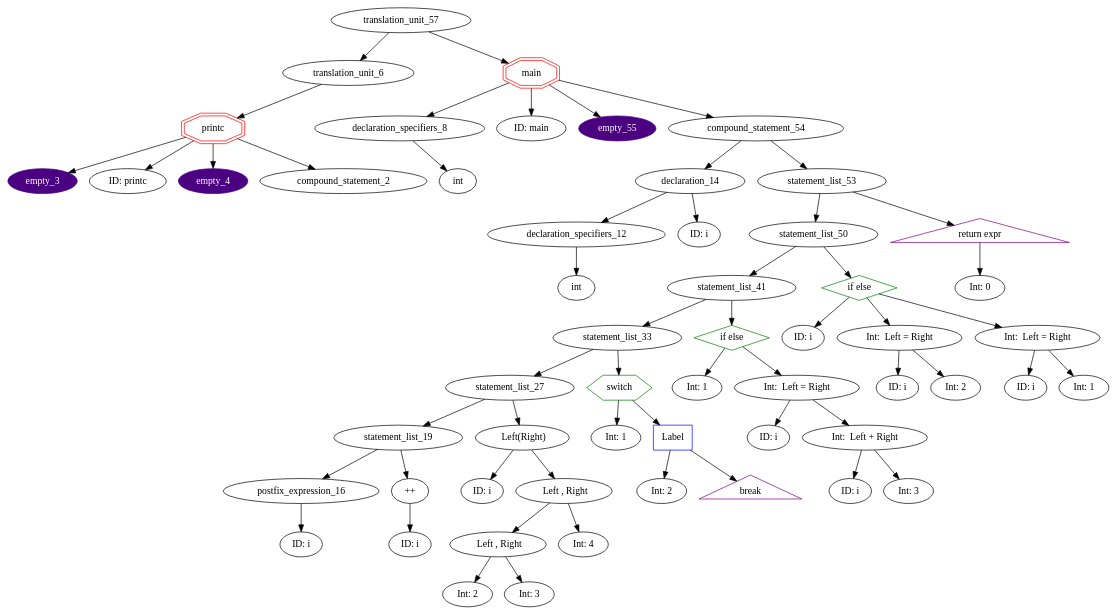
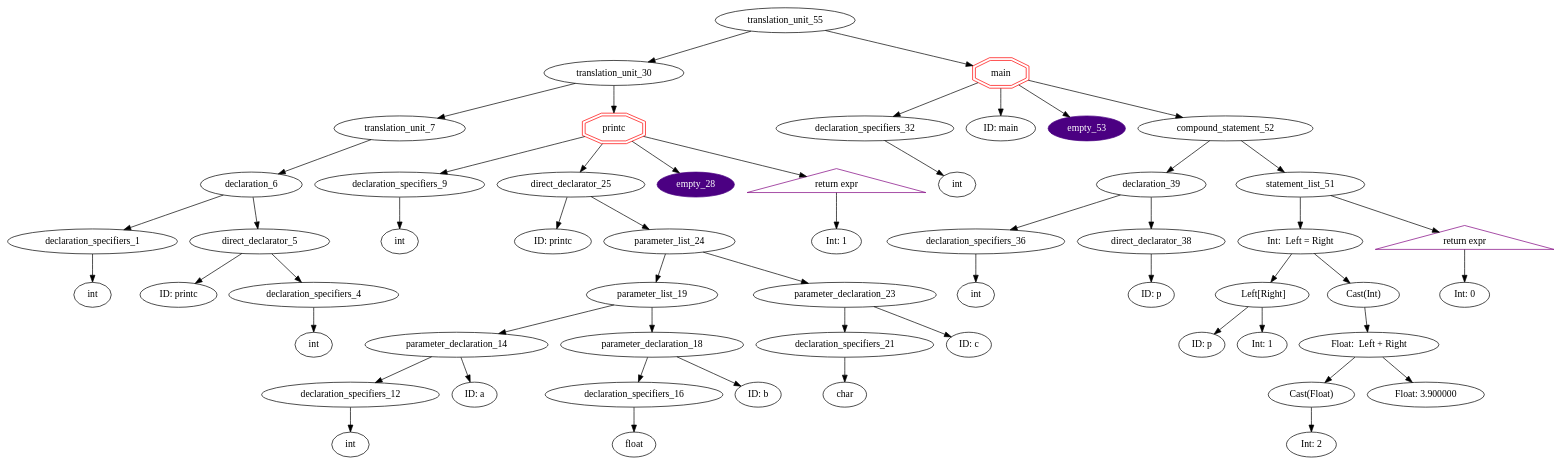
Before and after one commit to ahpalmerUNR/c_compiler: the diagram in graphs/default.gv, drawn with Graphviz. The commit also changed 8 other files, not shown here.

```diff
--- a/graphs/default.gv
+++ b/graphs/default.gv
@@ -1,102 +1,98 @@
 digraph AST {
-	translation_unit_57 -> translation_unit_6;
-	translation_unit_6 -> function_definition_5;
-	function_definition_5 [shape=doubleoctagon,color=red,label="printc"]
-	function_definition_5 -> empty_3;
-	empty_3 [style=filled,color=indigo,fontcolor=white]
-	function_definition_5 -> identifier_0;
-	identifier_0 [label="ID: printc"]
-	function_definition_5 -> empty_4;
-	empty_4 [style=filled,color=indigo,fontcolor=white]
-	function_definition_5 -> compound_statement_2;
-	translation_unit_57 -> function_definition_56;
-	function_definition_56 [shape=doubleoctagon,color=red,label="main"]
-	function_definition_56 -> declaration_specifiers_8;
-	declaration_specifiers_8 [label="declaration_specifiers_8"]
-	declaration_specifiers_8 -> type_specifier_7;
-	type_specifier_7 [label="int"]
-	function_definition_56 -> identifier_9;
-	identifier_9 [label="ID: main"]
-	function_definition_56 -> empty_55;
-	empty_55 [style=filled,color=indigo,fontcolor=white]
-	function_definition_56 -> compound_statement_54;
-	compound_statement_54 -> declaration_14;
-	declaration_14 [label="declaration_14"]
-	declaration_14 -> declaration_specifiers_12;
+	translation_unit_55 -> translation_unit_30;
+	translation_unit_30 -> translation_unit_7;
+	translation_unit_7 -> declaration_6;
+	declaration_6 [label="declaration_6"]
+	declaration_6 -> declaration_specifiers_1;
+	declaration_specifiers_1 [label="declaration_specifiers_1"]
+	declaration_specifiers_1 -> type_specifier_0;
+	type_specifier_0 [label="int"]
+	declaration_6 -> direct_declarator_5;
+	direct_declarator_5 -> identifier_2;
+	identifier_2 [label="ID: printc"]
+	direct_declarator_5 -> declaration_specifiers_4;
+	declaration_specifiers_4 [label="declaration_specifiers_4"]
+	declaration_specifiers_4 -> type_specifier_3;
+	type_specifier_3 [label="int"]
+	translation_unit_30 -> function_definition_29;
+	function_definition_29 [shape=doubleoctagon,color=red,label="printc"]
+	function_definition_29 -> declaration_specifiers_9;
+	declaration_specifiers_9 [label="declaration_specifiers_9"]
+	declaration_specifiers_9 -> type_specifier_8;
+	type_specifier_8 [label="int"]
+	function_definition_29 -> direct_declarator_25;
+	direct_declarator_25 -> identifier_10;
+	identifier_10 [label="ID: printc"]
+	direct_declarator_25 -> parameter_list_24;
+	parameter_list_24 -> parameter_list_19;
+	parameter_list_19 -> parameter_declaration_14;
+	parameter_declaration_14 -> declaration_specifiers_12;
 	declaration_specifiers_12 [label="declaration_specifiers_12"]
 	declaration_specifiers_12 -> type_specifier_11;
 	type_specifier_11 [label="int"]
-	declaration_14 -> identifier_13;
-	identifier_13 [label="ID: i"]
-	compound_statement_54 -> statement_list_53;
-	statement_list_53 -> statement_list_50;
-	statement_list_50 -> statement_list_41;
-	statement_list_41 -> statement_list_33;
-	statement_list_33 -> statement_list_27;
-	statement_list_27 -> statement_list_19;
-	statement_list_19 -> postfix_expression_16;
-	postfix_expression_16 -> identifier_15;
-	identifier_15 [label="ID: i"]
-	statement_list_19 -> unary_expression_18;
-	unary_expression_18 [label="++"]
-	unary_expression_18 -> identifier_17;
-	identifier_17 [label="ID: i"]
-	statement_list_27 -> postfix_expression_26;
-	postfix_expression_26 [label="  Left(Right)"]
-	postfix_expression_26 -> identifier_20;
-	identifier_20 [label="ID: i"]
-	postfix_expression_26 -> argument_expression_list_25;
-	argument_expression_list_25 [label="  Left , Right"]
-	argument_expression_list_25 -> argument_expression_list_23;
-	argument_expression_list_23 [label="  Left , Right"]
-	argument_expression_list_23 -> constant_21;
-	constant_21 [label="Int: 2"]
-	argument_expression_list_23 -> constant_22;
-	constant_22 [label="Int: 3"]
-	argument_expression_list_25 -> constant_24;
-	constant_24 [label="Int: 4"]
-	statement_list_33 -> selection_statement_32;
-	selection_statement_32 [shape=hexagon,color=green,label="switch"]
-	selection_statement_32 -> constant_28;
-	constant_28 [label="Int: 1"]
-	selection_statement_32 -> labeled_statement_31;
-	labeled_statement_31 [shape = box,color=blue,label="Label"]
-	labeled_statement_31 -> constant_29;
-	constant_29 [label="Int: 2"]
-	labeled_statement_31 -> jump_statement_30;
-	jump_statement_30 [shape = triangle,color=purple,label="break"]
-	statement_list_41 -> selection_statement_40;
-	selection_statement_40 [shape=diamond,color=green,label="if else"]
-	selection_statement_40 -> constant_34;
-	constant_34 [label="Int: 1"]
-	selection_statement_40 -> assignment_expression_39;
-	assignment_expression_39 [label="Int:  Left = Right"]
-	assignment_expression_39 -> identifier_35;
-	identifier_35 [label="ID: i"]
-	assignment_expression_39 -> operator_expression_38;
-	operator_expression_38 [label="Int:  Left + Right"]
-	operator_expression_38 -> identifier_36;
-	identifier_36 [label="ID: i"]
-	operator_expression_38 -> constant_37;
-	constant_37 [label="Int: 3"]
-	statement_list_50 -> selection_statement_49;
-	selection_statement_49 [shape=diamond,color=green,label="if else"]
-	selection_statement_49 -> identifier_42;
-	identifier_42 [label="ID: i"]
-	selection_statement_49 -> assignment_expression_45;
-	assignment_expression_45 [label="Int:  Left = Right"]
-	assignment_expression_45 -> identifier_43;
-	identifier_43 [label="ID: i"]
-	assignment_expression_45 -> constant_44;
-	constant_44 [label="Int: 2"]
-	selection_statement_49 -> assignment_expression_48;
-	assignment_expression_48 [label="Int:  Left = Right"]
-	assignment_expression_48 -> identifier_46;
-	identifier_46 [label="ID: i"]
-	assignment_expression_48 -> constant_47;
-	constant_47 [label="Int: 1"]
-	statement_list_53 -> jump_statement_52;
-	jump_statement_52 [shape = triangle,color=purple,label="return expr"]
-	jump_statement_52 -> constant_51;
-	constant_51 [label="Int: 0"]
+	parameter_declaration_14 -> identifier_13;
+	identifier_13 [label="ID: a"]
+	parameter_list_19 -> parameter_declaration_18;
+	parameter_declaration_18 -> declaration_specifiers_16;
+	declaration_specifiers_16 [label="declaration_specifiers_16"]
+	declaration_specifiers_16 -> type_specifier_15;
+	type_specifier_15 [label="float"]
+	parameter_declaration_18 -> identifier_17;
+	identifier_17 [label="ID: b"]
+	parameter_list_24 -> parameter_declaration_23;
+	parameter_declaration_23 -> declaration_specifiers_21;
+	declaration_specifiers_21 [label="declaration_specifiers_21"]
+	declaration_specifiers_21 -> type_specifier_20;
+	type_specifier_20 [label="char"]
+	parameter_declaration_23 -> identifier_22;
+	identifier_22 [label="ID: c"]
+	function_definition_29 -> empty_28;
+	empty_28 [style=filled,color=indigo,fontcolor=white]
+	function_definition_29 -> jump_statement_27;
+	jump_statement_27 [shape = triangle,color=purple,label="return expr"]
+	jump_statement_27 -> constant_26;
+	constant_26 [label="Int: 1"]
+	translation_unit_55 -> function_definition_54;
+	function_definition_54 [shape=doubleoctagon,color=red,label="main"]
+	function_definition_54 -> declaration_specifiers_32;
+	declaration_specifiers_32 [label="declaration_specifiers_32"]
+	declaration_specifiers_32 -> type_specifier_31;
+	type_specifier_31 [label="int"]
+	function_definition_54 -> identifier_33;
+	identifier_33 [label="ID: main"]
+	function_definition_54 -> empty_53;
+	empty_53 [style=filled,color=indigo,fontcolor=white]
+	function_definition_54 -> compound_statement_52;
+	compound_statement_52 -> declaration_39;
+	declaration_39 [label="declaration_39"]
+	declaration_39 -> declaration_specifiers_36;
+	declaration_specifiers_36 [label="declaration_specifiers_36"]
+	declaration_specifiers_36 -> type_specifier_35;
+	type_specifier_35 [label="int"]
+	declaration_39 -> direct_declarator_38;
+	direct_declarator_38 -> identifier_37;
+	identifier_37 [label="ID: p"]
+	compound_statement_52 -> statement_list_51;
+	statement_list_51 -> assignment_expression_47;
+	assignment_expression_47 [label="Int:  Left = Right"]
+	assignment_expression_47 -> postfix_expression_42;
+	postfix_expression_42 [label="  Left[Right]"]
+	postfix_expression_42 -> identifier_40;
+	identifier_40 [label="ID: p"]
+	postfix_expression_42 -> constant_41;
+	constant_41 [label="Int: 1"]
+	assignment_expression_47 -> Implicit_Cast_48;
+	Implicit_Cast_48 [label="Cast(Int)"]
+	Implicit_Cast_48 -> operator_expression_45;
+	operator_expression_45 [label="Float:  Left + Right"]
+	operator_expression_45 -> Implicit_Cast46;
+	Implicit_Cast46 [label="Cast(Float)"]
+	Implicit_Cast46 -> constant_43;
+	constant_43 [label="Int: 2"]
+	operator_expression_45 -> constant_44;
+	constant_44 [label="Float: 3.900000"]
+	statement_list_51 -> jump_statement_50;
+	jump_statement_50 [shape = triangle,color=purple,label="return expr"]
+	jump_statement_50 -> constant_49;
+	constant_49 [label="Int: 0"]
 }
```
